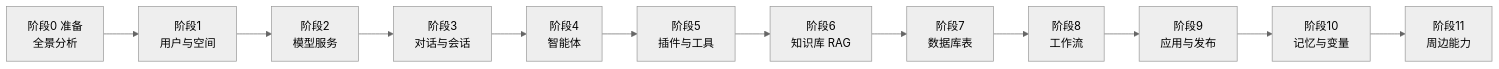
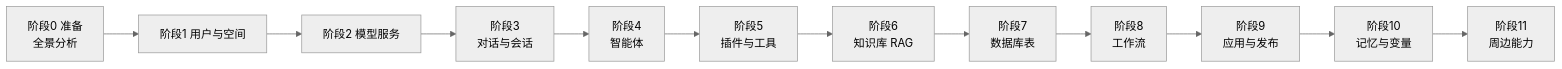
The first of 14 diagrams in content/docs/ai/coze-studio-analysis/index.md (KurobaKaitou/docs), drawn with Mermaid (neutral theme) before and after one commit. The commit also changed other lines of this file, not shown here.

````diff
--- a/content/docs/ai/coze-studio-analysis/index.md
+++ b/content/docs/ai/coze-studio-analysis/index.md
@@ -160,14 +167,14 @@
 ```mermaid
 flowchart LR
-    P0["阶段0 准备<br/>全景分析"] --> P1["阶段1<br/>用户与空间"]
-    P1 --> P2["阶段2<br/>模型服务"]
+    P0["阶段0 准备<br/>全景分析"] --> P1["阶段1 用户与空间"]
+    P1 --> P2["阶段2 模型服务"]
     P2 --> P3["阶段3<br/>对话与会话"]
     P3 --> P4["阶段4<br/>智能体"]
     P4 --> P5["阶段5<br/>插件与工具"]
     P5 --> P6["阶段6<br/>知识库 RAG"]
     P6 --> P7["阶段7<br/>数据库表"]
     P7 --> P8["阶段8<br/>工作流"]
     P8 --> P9["阶段9<br/>应用与发布"]
     P9 --> P10["阶段10<br/>记忆与变量"]
     P10 --> P11["阶段11<br/>周边能力"]
 ```
````
